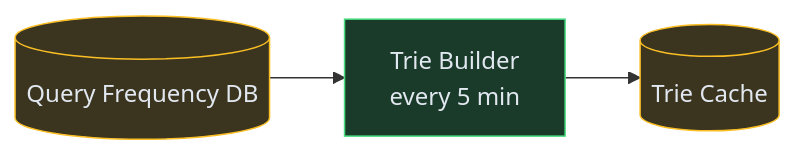
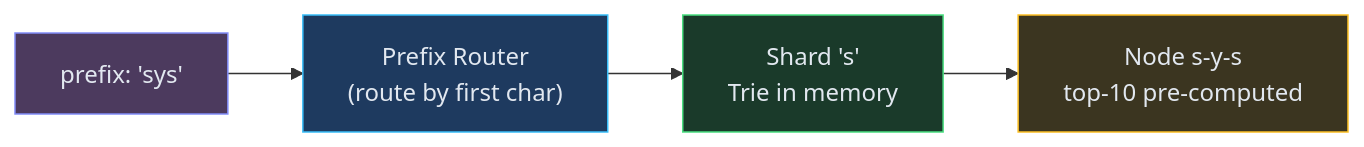
One commit to iluzn/HLD-Designs changed the seventh of 8 diagrams in content/hld/SearchAutocomplete.md. Above: the diagram before and after it, drawn with Mermaid. The commit also changed other lines of this file and 26 other files, not shown here.

````diff
--- a/content/hld/SearchAutocomplete.md
+++ b/content/hld/SearchAutocomplete.md
@@ -157,12 +380,16 @@
 ```mermaid
 flowchart LR
-    DB[("Query Frequency DB")]:::data
-    BUILDER["Trie Builder<br/>every 5 min"]:::service
-    CACHE[("Trie Cache")]:::data
+    REQ["prefix: 'sys'"]:::client
+    ROUTER["Prefix Router<br/>(route by first char)"]:::edge
+    S1["Shard 's'<br/>Trie in memory"]:::service
+    NODE["Node s-y-s<br/>top-10 pre-computed"]:::data
 
-    DB --> BUILDER
-    BUILDER --> CACHE
+    REQ --> ROUTER
+    ROUTER --> S1
+    S1 --> NODE
 
+    classDef client fill:#4c3a5e,stroke:#818cf8,color:#e2e8f0
+    classDef edge fill:#1e3a5f,stroke:#38bdf8,color:#e2e8f0
     classDef service fill:#1a3a2a,stroke:#4ade80,color:#e2e8f0
     classDef data fill:#3b3520,stroke:#fbbf24,color:#e2e8f0
 ```
````
